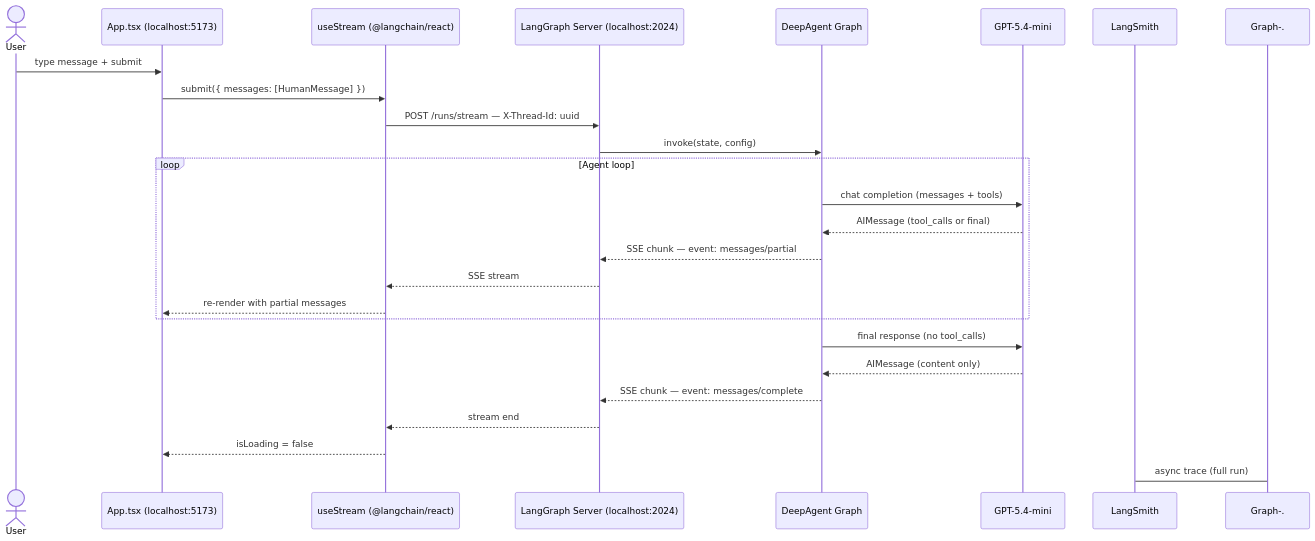
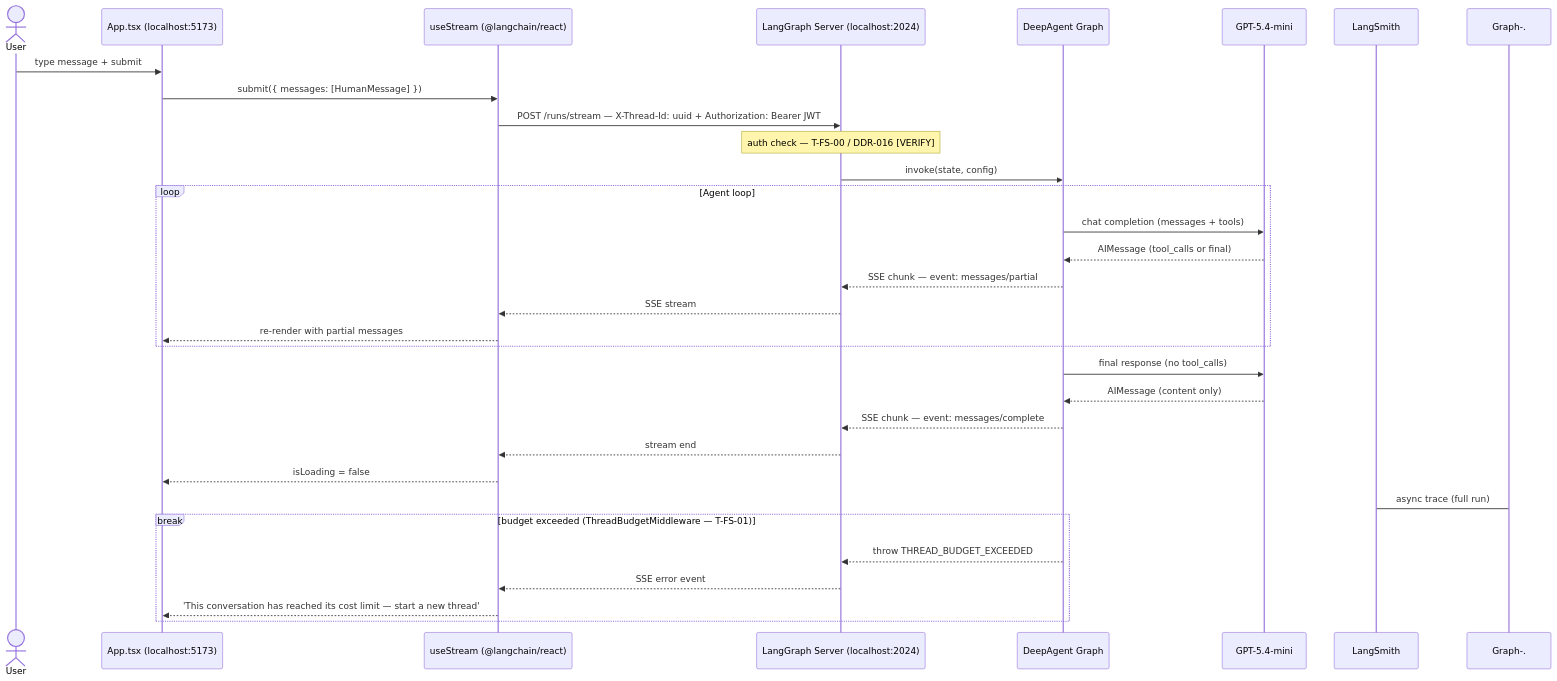
One commit to nhatduong-agilityio/deep-agents changed the first of 4 diagrams in docs/diagrams/03-fullstack-architecture.md. Above: the diagram before and after it, drawn with Mermaid. The commit also changed other lines of this file and 14 other files, not shown here.

Commit message:
docs: update T-FS plan and align diagrams to new design

````diff
--- a/docs/diagrams/03-fullstack-architecture.md
+++ b/docs/diagrams/03-fullstack-architecture.md
@@ -7,30 +7,37 @@
 ```mermaid
 sequenceDiagram
     actor User
     participant UI as App.tsx (localhost:5173)
     participant Hook as useStream (@langchain/react)
     participant LGS as LangGraph Server (localhost:2024)
     participant Graph as DeepAgent Graph
     participant GPT as GPT-5.4-mini
     participant LS as LangSmith
 
     User->>UI: type message + submit
     UI->>Hook: submit({ messages: [HumanMessage] })
-    Hook->>LGS: POST /runs/stream — X-Thread-Id: uuid
+    Hook->>LGS: POST /runs/stream — X-Thread-Id: uuid + Authorization: Bearer JWT
+    Note over LGS: auth check — T-FS-00 / DDR-016 [VERIFY]
     LGS->>Graph: invoke(state, config)
 
     loop Agent loop
         Graph->>GPT: chat completion (messages + tools)
         GPT-->>Graph: AIMessage (tool_calls or final)
         Graph-->>LGS: SSE chunk — event: messages/partial
         LGS-->>Hook: SSE stream
         Hook-->>UI: re-render with partial messages
     end
 
     Graph->>GPT: final response (no tool_calls)
     GPT-->>Graph: AIMessage (content only)
     Graph-->>LGS: SSE chunk — event: messages/complete
     LGS-->>Hook: stream end
     Hook-->>UI: isLoading = false
     Graph-.->LS: async trace (full run)
+
+    break budget exceeded (ThreadBudgetMiddleware — T-FS-01)
+        Graph-->>LGS: throw THREAD_BUDGET_EXCEEDED
+        LGS-->>Hook: SSE error event
+        Hook-->>UI: 'This conversation has reached its cost limit — start a new thread'
+    end
 ```
````
